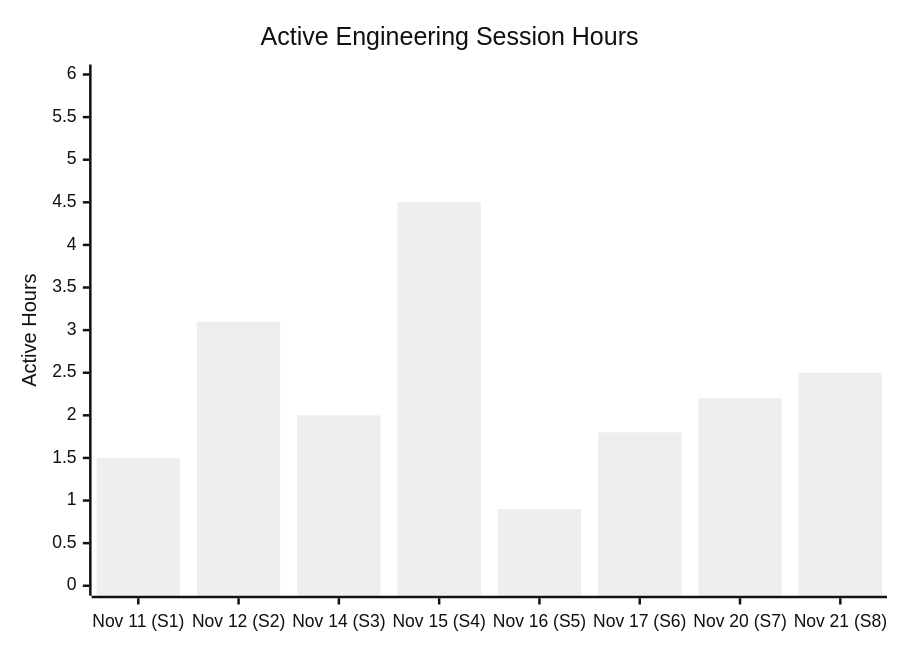
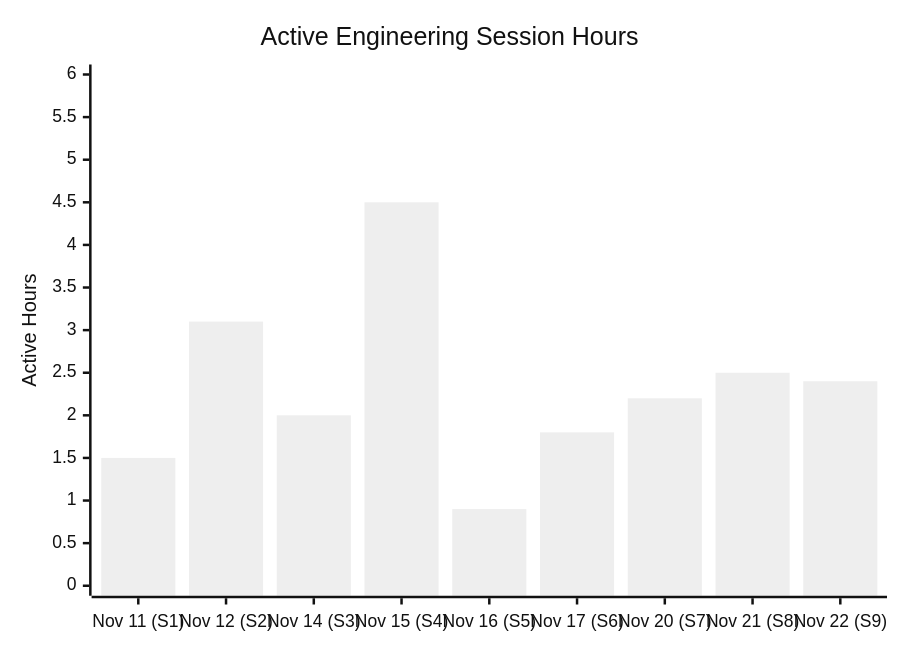
One commit to Rx4445/job-agent- changed the first of 3 diagrams in METRICS.md. Above: the diagram before and after it, drawn with Mermaid (neutral theme). The commit also changed other lines of this file and 4 other files, not shown here.

````diff
--- a/METRICS.md
+++ b/METRICS.md
@@ -10,7 +10,7 @@
 ```mermaid
 xychart-beta
     title "Active Engineering Session Hours"
-    x-axis ["Nov 11 (S1)", "Nov 12 (S2)", "Nov 14 (S3)", "Nov 15 (S4)", "Nov 16 (S5)", "Nov 17 (S6)", "Nov 20 (S7)", "Nov 21 (S8)"]
+    x-axis ["Nov 11 (S1)", "Nov 12 (S2)", "Nov 14 (S3)", "Nov 15 (S4)", "Nov 16 (S5)", "Nov 17 (S6)", "Nov 20 (S7)", "Nov 21 (S8)", "Nov 22 (S9)"]
     y-axis "Active Hours" 0 --> 6
-    bar [1.5, 3.1, 2.0, 4.5, 0.9, 1.8, 2.2, 2.5]
+    bar [1.5, 3.1, 2.0, 4.5, 0.9, 1.8, 2.2, 2.5, 2.4]
 ```
````
